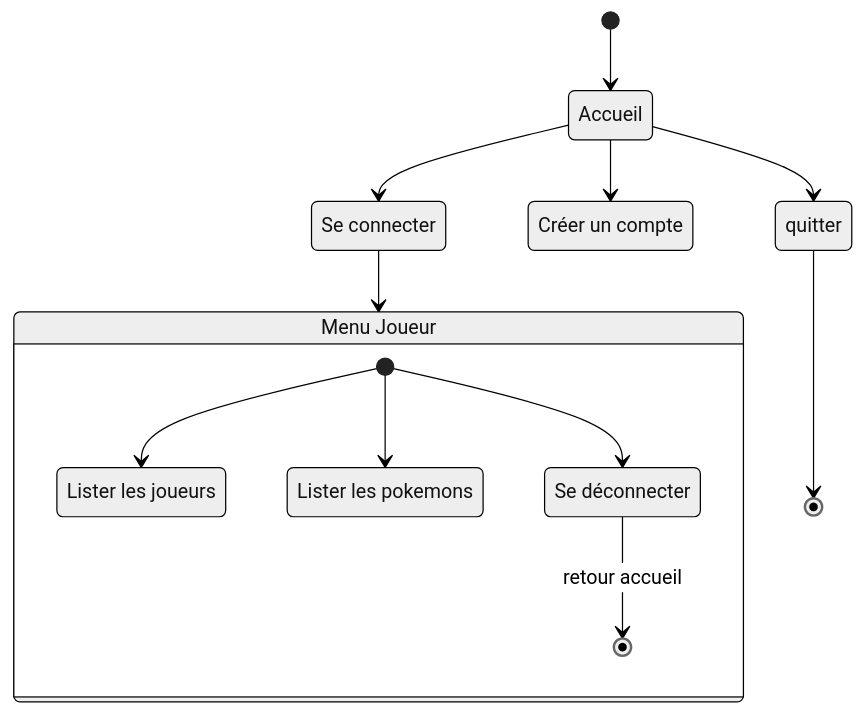
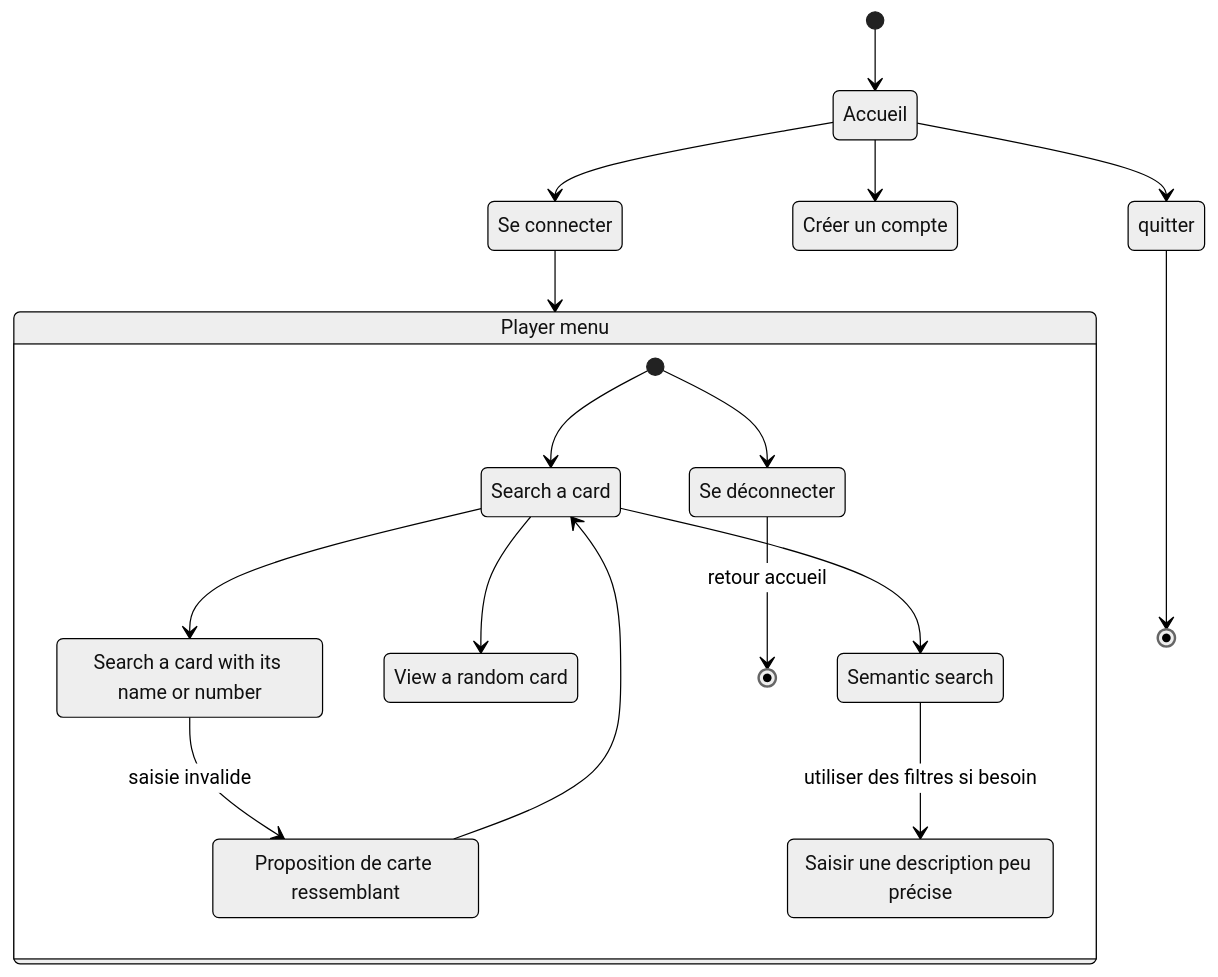
The diagram in doc/diag_activites.md (yz-create/MagicSearch), drawn with Mermaid (neutral theme) before and after one commit.

Commit message:
diag_activite

````diff
--- a/doc/diag_activites.md
+++ b/doc/diag_activites.md
@@ -19,26 +19,50 @@
 ```mermaid
 stateDiagram
+    menu_joueur : Player menu
+    search_card : Search a card
+    search_card_name : Search a card with its name or number
+    semantic_search : Semantic search
+    radom_card : View a random card
+    proposition: Proposition de carte ressemblant
+    semantic_search_description  :Saisir une description peu précise
     login : Se connecter
-    menu_joueur : Menu Joueur
     logon : Créer un compte
-    player_list : Lister les joueurs
-    poke_list : Lister les pokemons
+
     logout : Se déconnecter
 
     [*] --> Accueil
 
     Accueil --> login
     login --> menu_joueur
 
     Accueil --> logon
 
     Accueil --> quitter
     quitter --> [*]
 
+
+
+
+
+
     state menu_joueur {
-    	[*] --> player_list
-    	[*] --> poke_list
+        [*] --> search_card
+    	search_card --> search_card_name
+        search_card --> radom_card
+    	search_card --> semantic_search
     	[*] --> logout
+
+
+
+
+        search_card_name --> proposition: saisie invalide
+        proposition --> search_card
+
+        semantic_search --> semantic_search_description: utiliser des filtres si besoin
+
+
+
         logout --> [*]:retour accueil
     }
+
 ```
````
